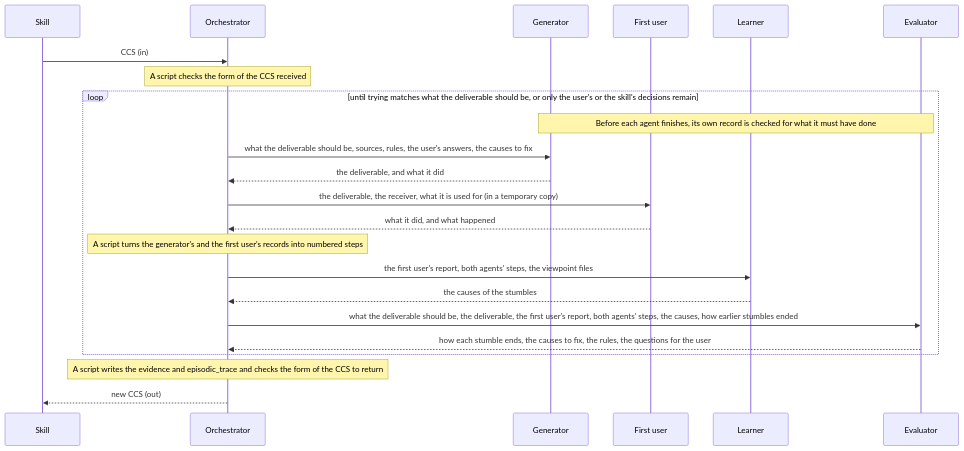
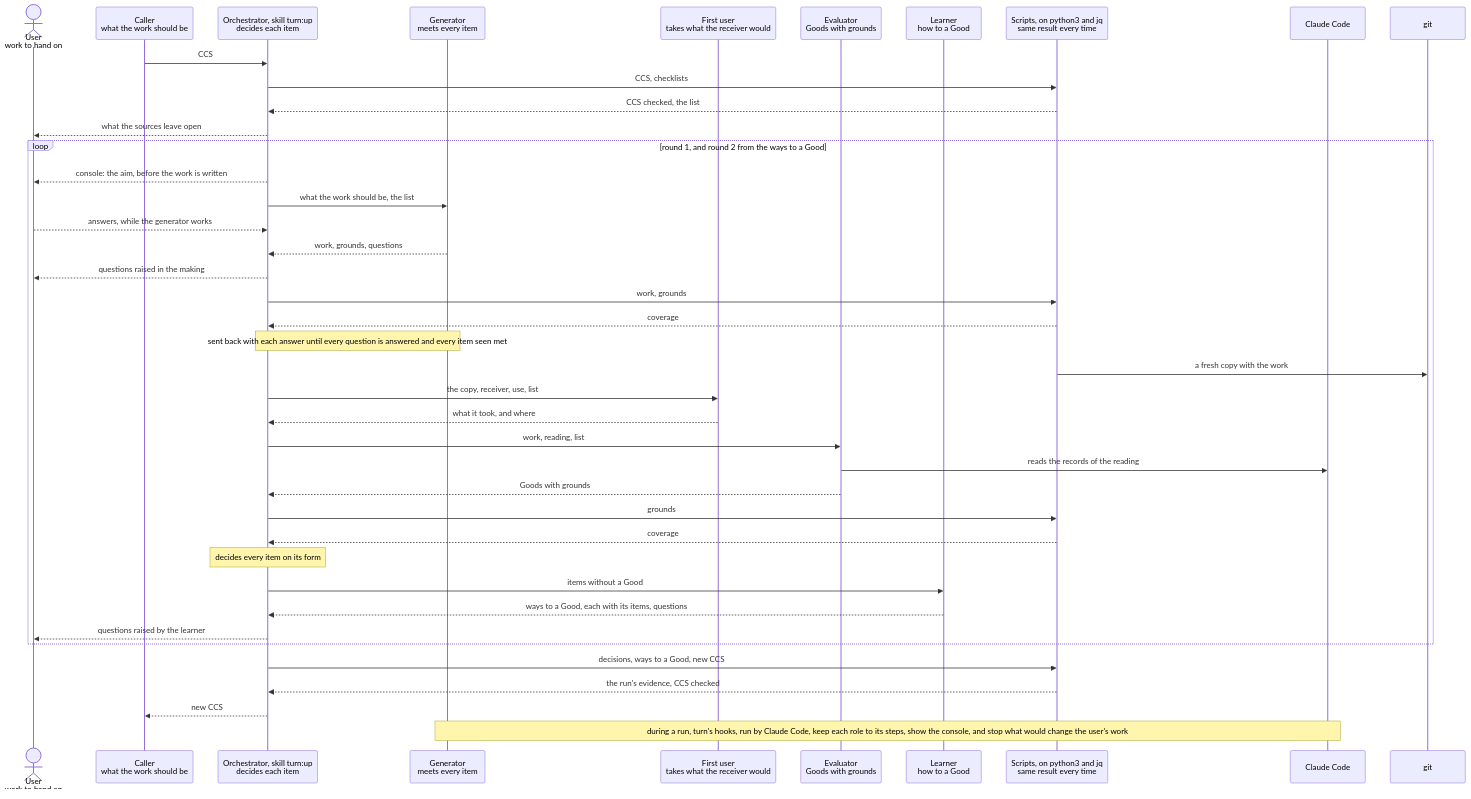
The diagram in dev/turn/design.md (lovaizu/ccpm), drawn with Mermaid before and after one commit. The commit also changed other lines of this file and 88 other files, not shown here.

Commit message:
turn 0.1.0 and writ 0.2.0: turn rebuilt from nothing on checklists and rules that hold (#60)

````diff
--- a/dev/turn/design.md
+++ b/dev/turn/design.md
@@ -39,25 +181,43 @@
 ```mermaid
 sequenceDiagram
-  participant S as Skill
-  participant O as Orchestrator
-  participant G as Generator
-  participant U as First user
-  participant L as Learner
-  participant E as Evaluator
-  S->>O: CCS (in)
-  Note over O: A script checks the form of the CCS received
-  loop until trying matches what the deliverable should be, or only the user's or the skill's decisions remain
-    Note over G,E: Before each agent finishes, its own record is checked for what it must have done
-    O->>G: what the deliverable should be, sources, rules, the user's answers, the causes to fix
-    G-->>O: the deliverable, and what it did
-    O->>U: the deliverable, the receiver, what it is used for (in a temporary copy)
-    U-->>O: what it did, and what happened
-    Note over O: A script turns the generator's and the first user's records into numbered steps
-    O->>L: the first user's report, both agents' steps, the viewpoint files
-    L-->>O: the causes of the stumbles
-    O->>E: what the deliverable should be, the deliverable, the first user's report, both agents' steps, the causes, how earlier stumbles ended
-    E-->>O: how each stumble ends, the causes to fix, the rules, the questions for the user
+  actor U as User<br/>work to hand on
+  participant C as Caller<br/>what the work should be
+  participant O as Orchestrator, skill turn:up<br/>decides each item
+  participant G as Generator<br/>meets every item
+  participant F as First user<br/>takes what the receiver would
+  participant E as Evaluator<br/>Goods with grounds
+  participant L as Learner<br/>how to a Good
+  participant S as Scripts, on python3 and jq<br/>same result every time
+  participant CC as Claude Code
+  participant GIT as git
+  C->>O: CCS
+  O->>S: CCS, checklists
+  S-->>O: CCS checked, the list
+  O-->>U: what the sources leave open
+  loop round 1, and round 2 from the ways to a Good
+    O-->>U: console: the aim, before the work is written
+    O->>G: what the work should be, the list
+    U-->>O: answers, while the generator works
+    G-->>O: work, grounds, questions
+    O-->>U: questions raised in the making
+    O->>S: work, grounds
+    S-->>O: coverage
+    Note over O,G: sent back with each answer until every question is answered and every item seen met
+    S->>GIT: a fresh copy with the work
+    O->>F: the copy, receiver, use, list
+    F-->>O: what it took, and where
+    O->>E: work, reading, list
+    E->>CC: reads the records of the reading
+    E-->>O: Goods with grounds
+    O->>S: grounds
+    S-->>O: coverage
+    Note over O: decides every item on its form
+    O->>L: items without a Good
+    L-->>O: ways to a Good, each with its items, questions
+    O-->>U: questions raised by the learner
   end
-  Note over O: A script writes the evidence and episodic_trace and checks the form of the CCS to return
-  O-->>S: new CCS (out)
+  O->>S: decisions, ways to a Good, new CCS
+  S-->>O: the run's evidence, CCS checked
+  O-->>C: new CCS
+  Note over G,CC: during a run, turn's hooks, run by Claude Code, keep each role to its steps, show the console, and stop what would change the user's work
 ```
````
